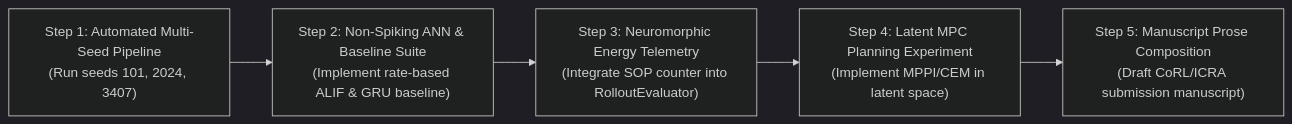
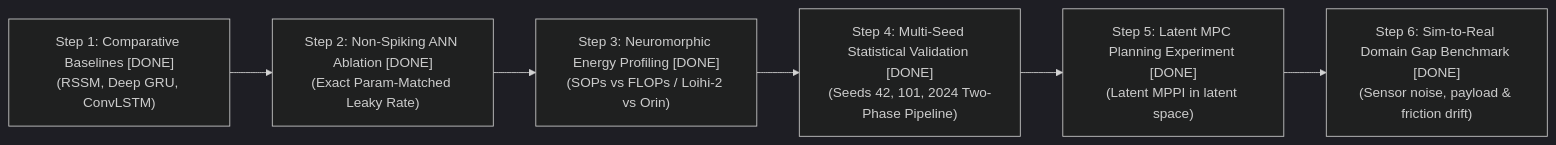
Before and after one commit to Mattia-Maiorano/Spiking-Neural_Novelty: the sixth of 6 diagrams in docs/DOSSIER.md, drawn with Mermaid (dark theme). The commit also changed other lines of this file and 91 other files, not shown here.

Commit message:
feat: add non-spiking baselines, MPPI control benchmarks, energy profiling, and ANN ablations

````diff
--- a/docs/DOSSIER.md
+++ b/docs/DOSSIER.md
@@ -488,7 +604,8 @@
 ```mermaid
 flowchart LR
-    Step1["Step 1: Automated Multi-Seed Pipeline\n(Run seeds 101, 2024, 3407)"] --> Step2["Step 2: Non-Spiking ANN & Baseline Suite\n(Implement rate-based ALIF & GRU baseline)"]
-    Step2 --> Step3["Step 3: Neuromorphic Energy Telemetry\n(Integrate SOP counter into RolloutEvaluator)"]
-    Step3 --> Step4["Step 4: Latent MPC Planning Experiment\n(Implement MPPI/CEM in latent space)"]
-    Step4 --> Step5["Step 5: Manuscript Prose Composition\n(Draft CoRL/ICRA submission manuscript)"]
+    Step1["Step 1: Comparative Baselines [DONE]\n(RSSM, Deep GRU, ConvLSTM)"] --> Step2["Step 2: Non-Spiking ANN Ablation [DONE]\n(Exact Param-Matched Leaky Rate)"]
+    Step2 --> Step3["Step 3: Neuromorphic Energy Profiling [DONE]\n(SOPs vs FLOPs / Loihi-2 vs Orin)"]
+    Step3 --> Step4["Step 4: Multi-Seed Statistical Validation [DONE]\n(Seeds 42, 101, 2024 Two-Phase Pipeline)"]
+    Step4 --> Step5["Step 5: Latent MPC Planning Experiment [DONE]\n(Latent MPPI in latent space)"]
+    Step5 --> Step6["Step 6: Sim-to-Real Domain Gap Benchmark [DONE]\n(Sensor noise, payload & friction drift)"]
 ```
````
